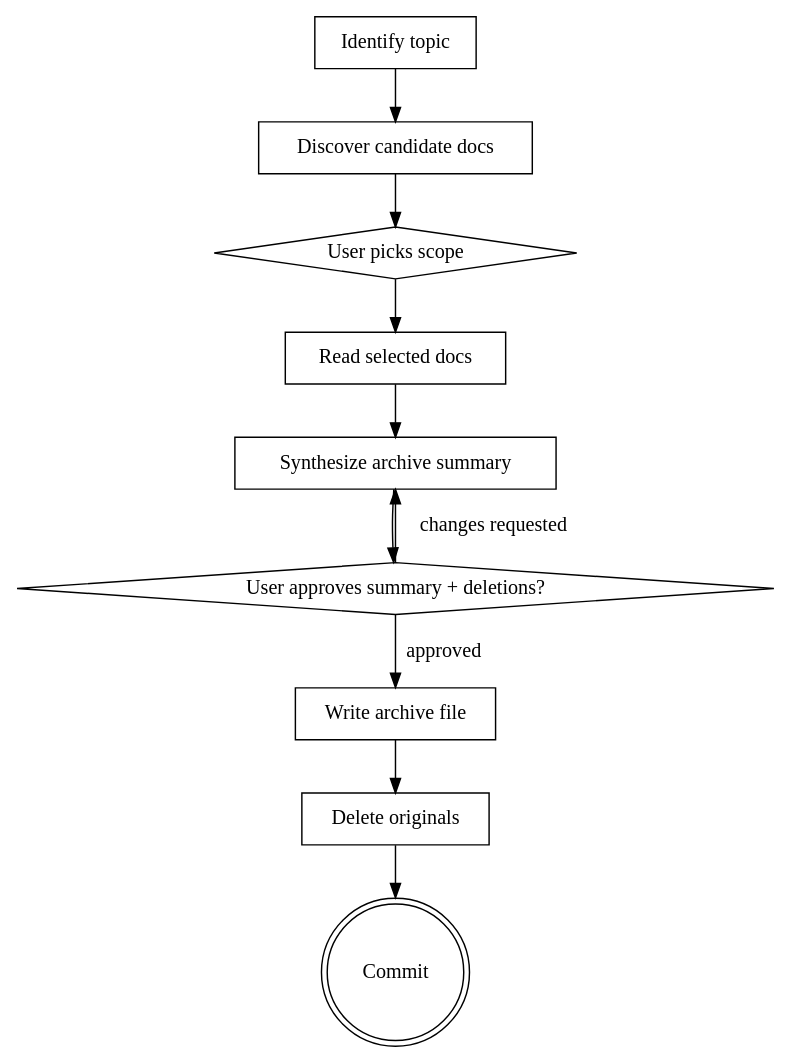
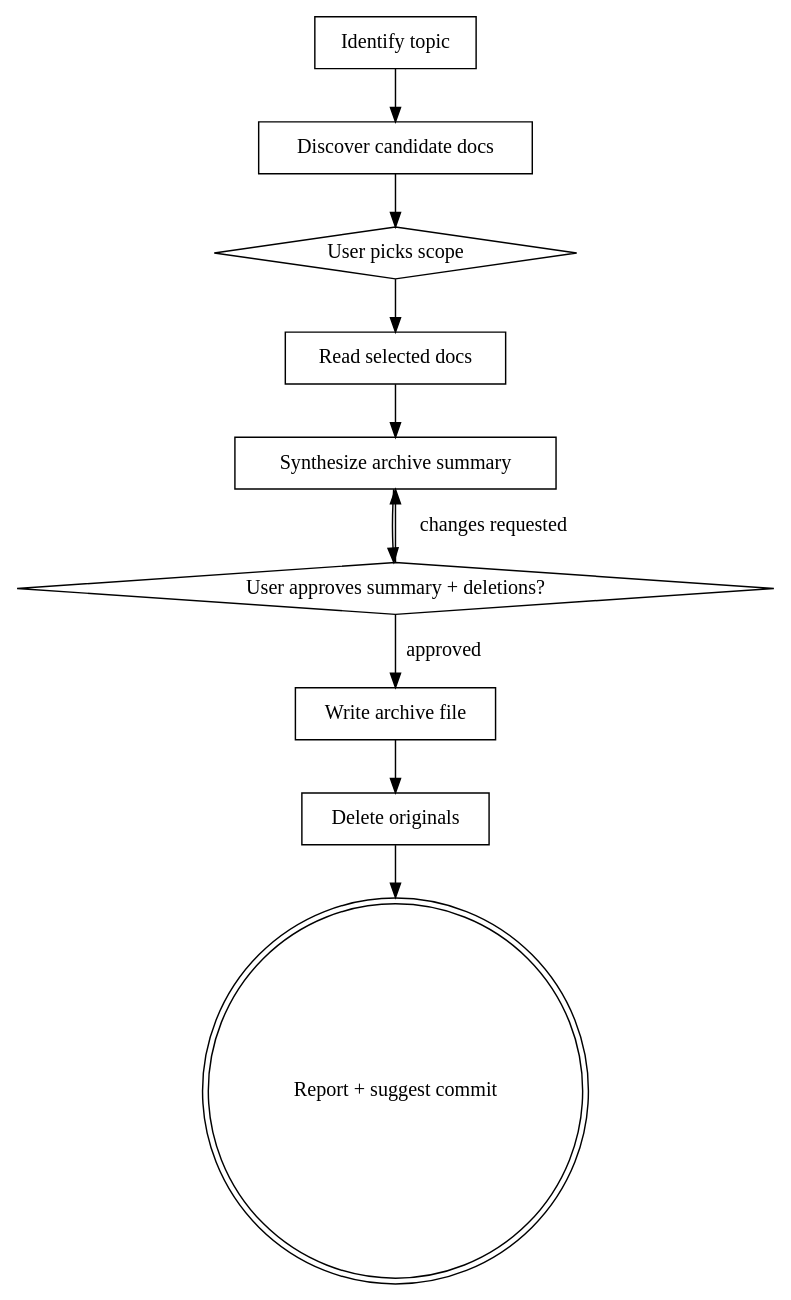
The diagram in harness-kit:archive/SKILL.md (lordm00n/skills), drawn with Graphviz before and after one commit. The commit also changed other lines of this file and 5 other files, not shown here.

````diff
--- a/harness-kit:archive/SKILL.md
+++ b/harness-kit:archive/SKILL.md
@@ -30,23 +30,23 @@
 ```dot
 digraph archiving {
     "Identify topic" [shape=box];
     "Discover candidate docs" [shape=box];
     "User picks scope" [shape=diamond];
     "Read selected docs" [shape=box];
     "Synthesize archive summary" [shape=box];
     "User approves summary + deletions?" [shape=diamond];
     "Write archive file" [shape=box];
     "Delete originals" [shape=box];
-    "Commit" [shape=doublecircle];
+    "Report + suggest commit" [shape=doublecircle];
 
     "Identify topic" -> "Discover candidate docs";
     "Discover candidate docs" -> "User picks scope";
     "User picks scope" -> "Read selected docs";
     "Read selected docs" -> "Synthesize archive summary";
     "Synthesize archive summary" -> "User approves summary + deletions?";
     "User approves summary + deletions?" -> "Synthesize archive summary" [label="changes requested"];
     "User approves summary + deletions?" -> "Write archive file" [label="approved"];
     "Write archive file" -> "Delete originals";
-    "Delete originals" -> "Commit";
+    "Delete originals" -> "Report + suggest commit";
 }
 ```
````
